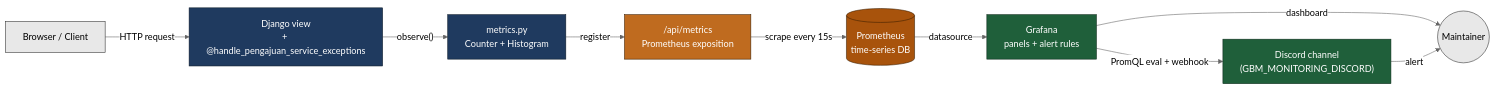
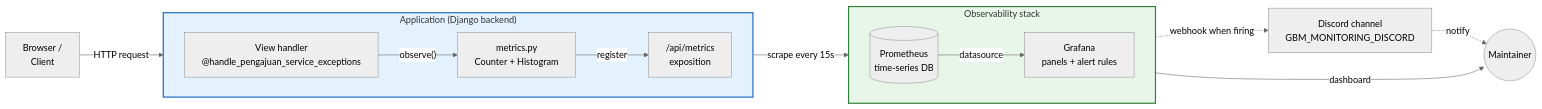
One commit to HusinHakim/blog-husin changed the diagram in content/post/monitoring-pengajuan-prometheus.md. Above: the diagram before and after it, drawn with Mermaid (neutral theme).

Commit message:
Redesign monitoring architecture diagram with subgraphs and lane colours

```diff
--- a/content/post/monitoring-pengajuan-prometheus.md
+++ b/content/post/monitoring-pengajuan-prometheus.md
@@ -16,34 +16,32 @@
 {{< mermaid >}}
 flowchart LR
-    Client["Browser / Client"]
-    Django["Django view<br/>+ @handle_pengajuan_service_exceptions"]
-    Metrics["metrics.py<br/>Counter + Histogram"]
-    Endpoint["/api/metrics<br/>Prometheus exposition"]
-    Prom[("Prometheus<br/>time-series DB")]
-    Grafana["Grafana<br/>panels + alert rules"]
-    Discord["Discord channel<br/>(GBM_MONITORING_DISCORD)"]
+    Client["Browser /<br/>Client"]
     Maintainer((Maintainer))
+
+    subgraph App["Application (Django backend)"]
+        direction LR
+        Django["View handler<br/>@handle_pengajuan_service_exceptions"]
+        Metrics["metrics.py<br/>Counter + Histogram"]
+        Endpoint["/api/metrics<br/>exposition"]
+    end
+
+    subgraph Stack["Observability stack"]
+        direction LR
+        Prom[("Prometheus<br/>time-series DB")]
+        Grafana["Grafana<br/>panels + alert rules"]
+    end
+
+    Discord["Discord channel<br/>GBM_MONITORING_DISCORD"]
 
     Client -- "HTTP request" --> Django
     Django -- "observe()" --> Metrics
     Metrics -- "register" --> Endpoint
     Endpoint -- "scrape every 15s" --> Prom
     Prom -- "datasource" --> Grafana
     Grafana -- "dashboard" --> Maintainer
-    Grafana -- "PromQL eval + webhook" --> Discord
-    Discord -- "alert" --> Maintainer
+    Grafana -. "webhook when firing" .-> Discord
+    Discord -. "notify" .-> Maintainer
 
-    classDef app fill:#1f3a5f,stroke:#0d1b2a,color:#fff
-    classDef exposition fill:#bf6b1f,stroke:#3d1f00,color:#fff
-    classDef storage fill:#a8530c,stroke:#3d1f00,color:#fff
-    classDef visualize fill:#1f5f3a,stroke:#0d2a1b,color:#fff
-    classDef notify fill:#1f5f3a,stroke:#0d2a1b,color:#fff
-    classDef neutral fill:#e8e8e8,stroke:#333,color:#000
-
-    class Django,Metrics app
-    class Endpoint exposition
-    class Prom storage
-    class Grafana visualize
-    class Discord notify
-    class Client,Maintainer neutral
+    style App fill:#e3f2fd,stroke:#1565c0,stroke-width:2px
+    style Stack fill:#e8f5e9,stroke:#2e7d32,stroke-width:2px
 {{< /mermaid >}}
```
